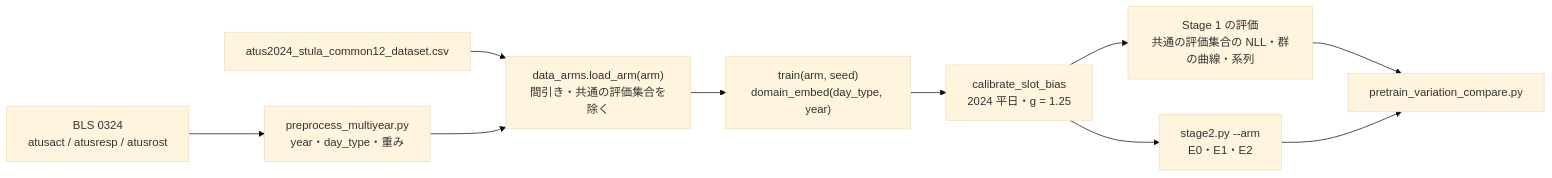
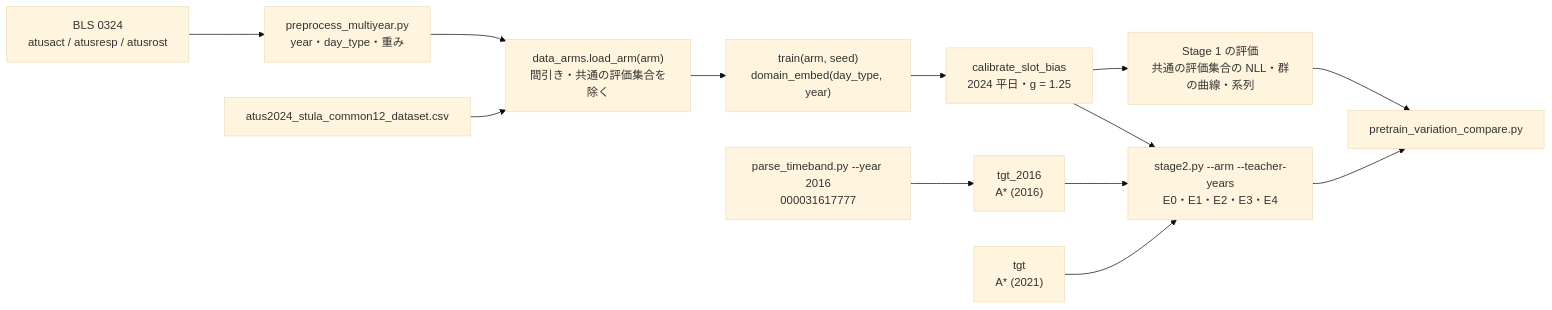
One commit to BalaneML/ActSyn changed the diagram in src/models/GRU_Aggregate/docs/pretrain_variation_plan.md. Above: the diagram before and after it, drawn with Mermaid (base theme). The commit also changed other lines of this file, not shown here.

First line of the commit message:
Add Japanese survey years as Stage 2 teacher variation to the plan

````diff
--- a/src/models/GRU_Aggregate/docs/pretrain_variation_plan.md
+++ b/src/models/GRU_Aggregate/docs/pretrain_variation_plan.md
@@ -61,12 +91,15 @@
 ```mermaid
 flowchart LR
     RAW["BLS 0324<br/>atusact / atusresp / atusrost"] --> PRE["preprocess_multiyear.py<br/>year・day_type・重み"]
     A24["atus2024_stula_common12_dataset.csv"] --> ARM
     PRE --> ARM["data_arms.load_arm(arm)<br/>間引き・共通の評価集合を除く"]
     ARM --> TR["train(arm, seed)<br/>domain_embed(day_type, year)"]
     TR --> CAL["calibrate_slot_bias<br/>2024 平日・g = 1.25"]
     CAL --> S1["Stage 1 の評価<br/>共通の評価集合の NLL・群の曲線・系列"]
-    CAL --> S2["stage2.py --arm<br/>E0・E1・E2"]
+    TB16["parse_timeband.py --year 2016<br/>000031617777"] --> T16["tgt_2016<br/>A* (2016)"]
+    T21["tgt<br/>A* (2021)"] --> S2
+    T16 --> S2["stage2.py --arm --teacher-years<br/>E0・E1・E2・E3・E4"]
+    CAL --> S2
     S1 --> CMP["pretrain_variation_compare.py"]
     S2 --> CMP
 ```
````
